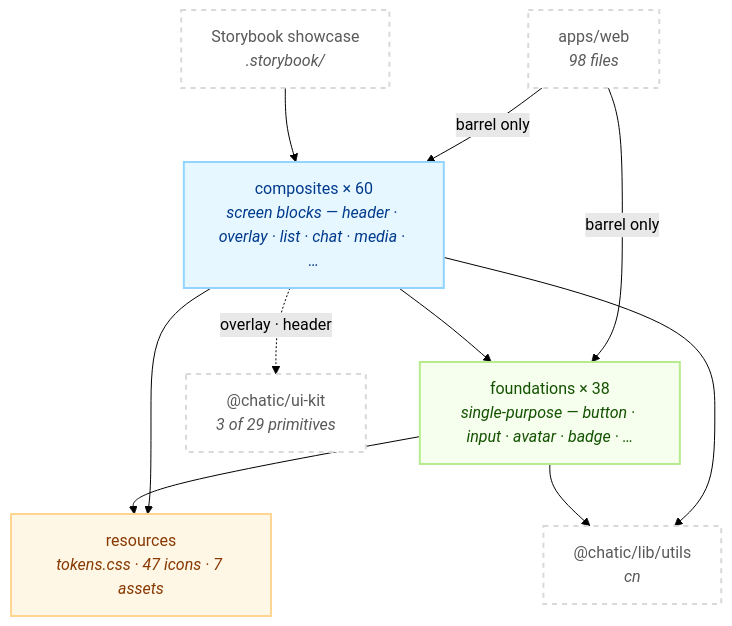
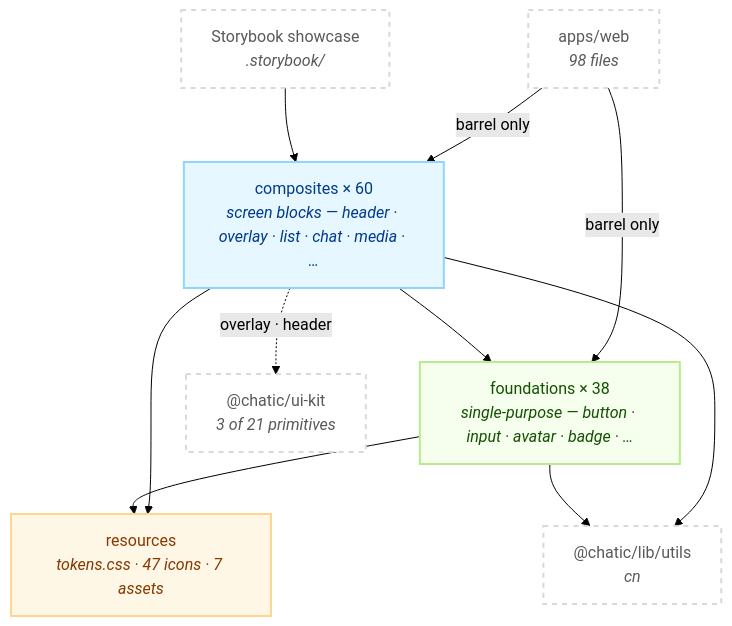
Before and after one commit to lemoncloud-io/dou-app: the first of 2 diagrams in libs/web-ui-kit/README.md, drawn with Mermaid (forest theme). The commit also changed other lines of this file and 12 other files, not shown here.

First line of the commit message:
refactor(ui-kit): delete eight primitives nothing imports, and the deps only they pulled

````diff
--- a/libs/web-ui-kit/README.md
+++ b/libs/web-ui-kit/README.md
@@ -116,27 +116,27 @@
 ```mermaid
 flowchart TD
     classDef comp fill:#e6f7ff,stroke:#91d5ff,stroke-width:2px,color:#003a8c;
     classDef found fill:#f6ffed,stroke:#b7eb8f,stroke-width:2px,color:#135200;
     classDef res fill:#fff7e6,stroke:#ffd591,stroke-width:2px,color:#873800;
     classDef ext fill:#ffffff,stroke:#d9d9d9,stroke-width:2px,color:#595959,stroke-dasharray: 5 5;
 
     App["apps/web<br/><i>98 files</i>"]:::ext
     SB["Storybook showcase<br/><i>.storybook/</i>"]:::ext
 
     C["composites × 60<br/><i>screen blocks — header · overlay · list · chat · media · …</i>"]:::comp
     F["foundations × 38<br/><i>single-purpose — button · input · avatar · badge · …</i>"]:::found
     R["resources<br/><i>tokens.css · 47 icons · 7 assets</i>"]:::res
 
-    UK["@chatic/ui-kit<br/><i>3 of 29 primitives</i>"]:::ext
+    UK["@chatic/ui-kit<br/><i>3 of 21 primitives</i>"]:::ext
     CN["@chatic/lib/utils<br/><i>cn</i>"]:::ext
 
     App -->|"barrel only"| C
     App -->|"barrel only"| F
     SB --> C
     C --> F
     C --> R
     F --> R
     C -.->|"overlay · header"| UK
     C --> CN
     F --> CN
 ```
````
